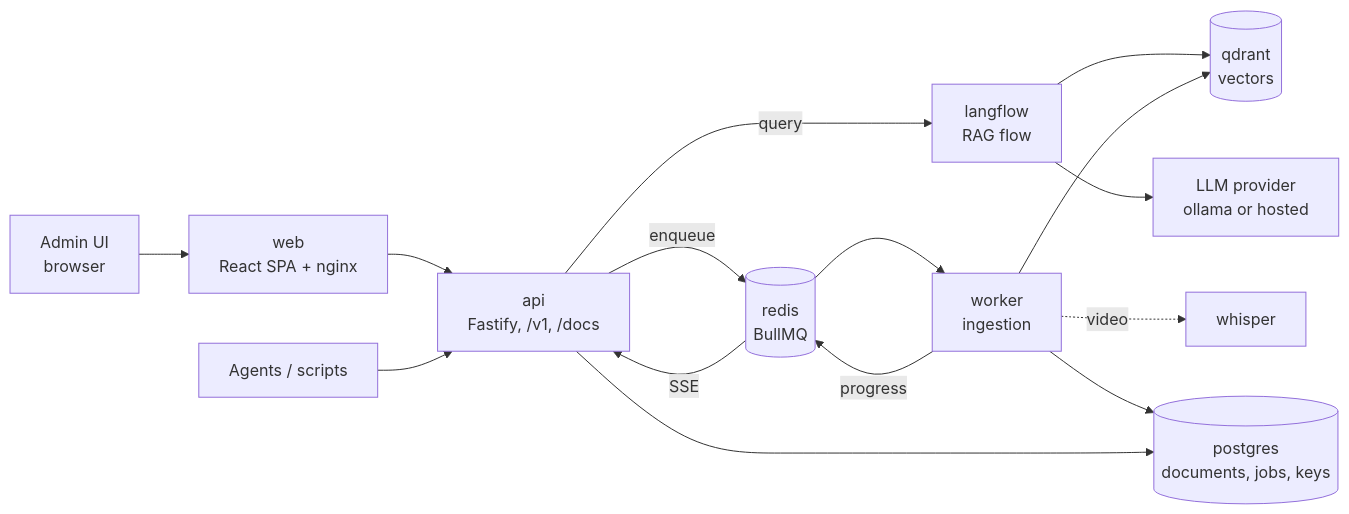
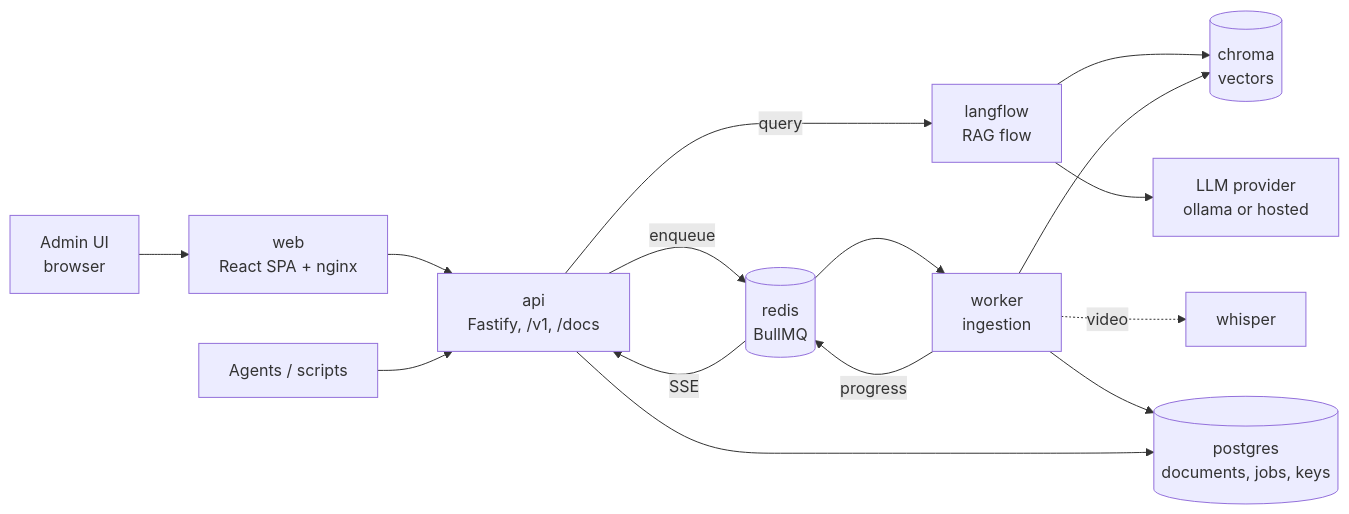
Before and after one commit to g-terra/rag-workspaces: the diagram in docs/architecture.md, drawn with Mermaid. The commit also changed other lines of this file and 2 other files, not shown here.

First line of the commit message:
docs: switch vector database to ChromaDB

````diff
--- a/docs/architecture.md
+++ b/docs/architecture.md
@@ -14,17 +14,17 @@
 ```mermaid
 flowchart LR
   UI[Admin UI<br/>browser] --> WEB[web<br/>React SPA + nginx]
   WEB --> API
   AG[Agents / scripts] --> API[api<br/>Fastify, /v1, /docs]
   API -- query --> LF[langflow<br/>RAG flow]
-  LF --> QD[(qdrant<br/>vectors)]
+  LF --> QD[(chroma<br/>vectors)]
   LF --> LLM[LLM provider<br/>ollama or hosted]
   API -- enqueue --> RD[(redis<br/>BullMQ)]
   RD --> WK[worker<br/>ingestion]
   WK --> QD
   WK -. video .-> WH[whisper]
   WK --> PG[(postgres<br/>documents, jobs, keys)]
   API --> PG
   WK -- progress --> RD
   RD -- SSE --> API
 ```
````
